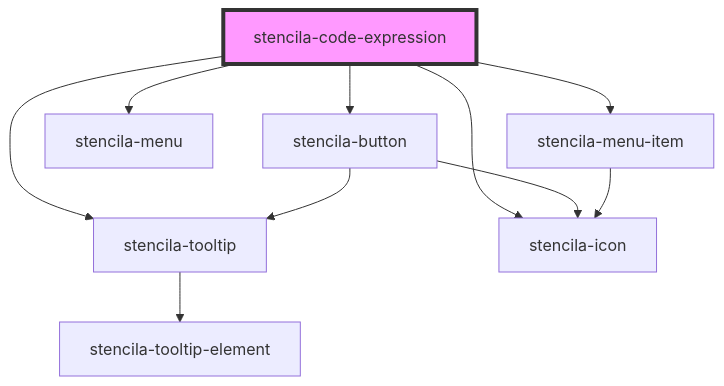
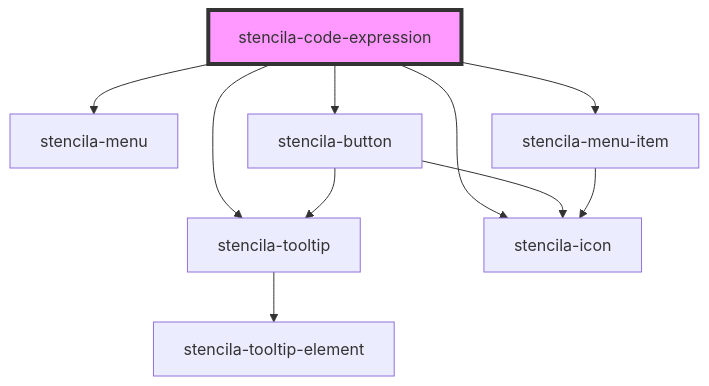
The diagram in packages/components/src/components/codeExpression/readme.md (stencila/designa), drawn with Mermaid before and after one commit. The commit also changed other lines of this file and 19 other files, not shown here.

````diff
--- a/packages/components/src/components/codeExpression/readme.md
+++ b/packages/components/src/components/codeExpression/readme.md
@@ -95,13 +95,13 @@
 ```mermaid
 graph TD;
+  stencila-code-expression --> stencila-menu
   stencila-code-expression --> stencila-button
   stencila-code-expression --> stencila-tooltip
   stencila-code-expression --> stencila-icon
-  stencila-code-expression --> stencila-menu
   stencila-code-expression --> stencila-menu-item
   stencila-button --> stencila-icon
   stencila-button --> stencila-tooltip
   stencila-tooltip --> stencila-tooltip-element
   stencila-menu-item --> stencila-icon
   style stencila-code-expression fill:#f9f,stroke:#333,stroke-width:4px
 ```
````
